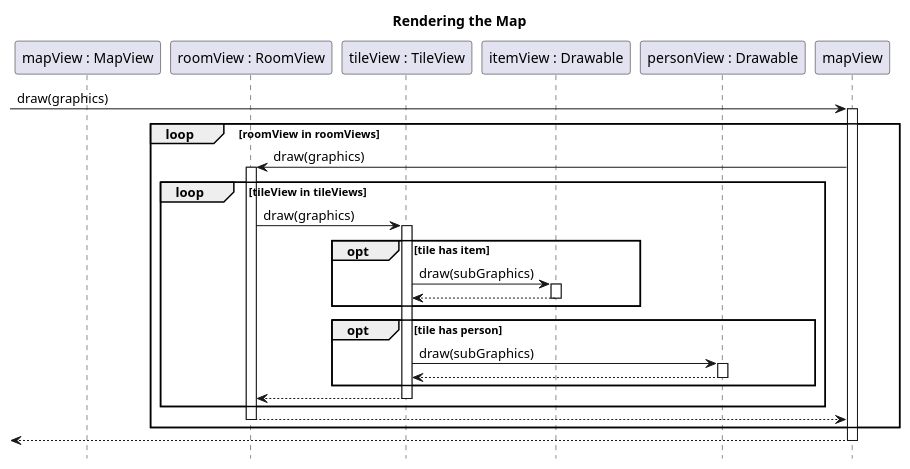
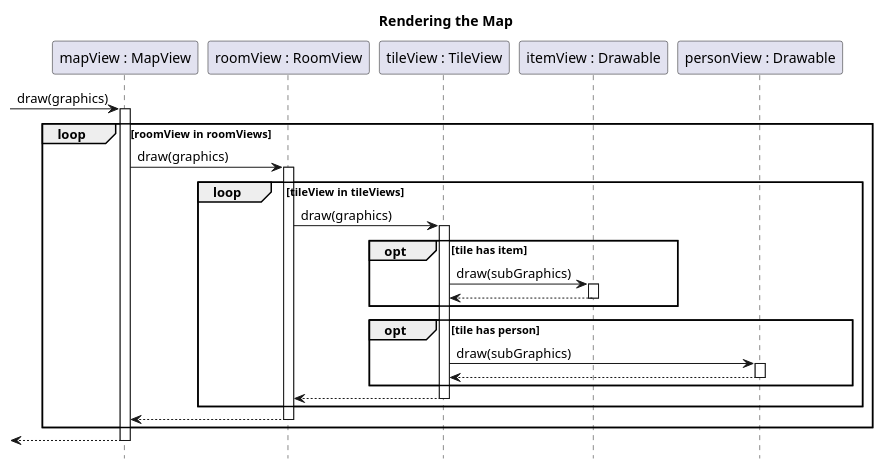
Before and after one commit to sn4k3ch4rm3r/logarlec: the third of 4 diagrams in docs/diagrams/graphics-sequence/rendering.puml, drawn with PlantUML. The commit also changed 1 other file, not shown here.

Commit message:
Split class diagram

```diff
--- a/docs/diagrams/graphics-sequence/rendering.puml
+++ b/docs/diagrams/graphics-sequence/rendering.puml
@@ -49,32 +49,32 @@
 @startuml render-game-view
 
 title Rendering the Map
 hide footbox
 skinparam SequenceReferenceBackgroundColor white
 
-participant "mapView : MapView" as MapView
+participant "mapView : MapView" as mapView
 participant "roomView : RoomView" as roomView
 participant "tileView : TileView" as tileView
 participant "itemView : Drawable" as itemView
 participant "personView : Drawable" as personView
 
 [-> mapView ++: draw(graphics)
 	loop roomView in roomViews
 		mapView -> roomView ++: draw(graphics)
 			loop tileView in tileViews
 				roomView -> tileView ++: draw(graphics)
 					opt tile has item
 						tileView -> itemView ++: draw(subGraphics)
 						return
 					end
 					opt tile has person
 						tileView -> personView ++: draw(subGraphics)
 						return
 					end
 				return
 			end
 		return
 	end
 return
 
 @enduml
```
